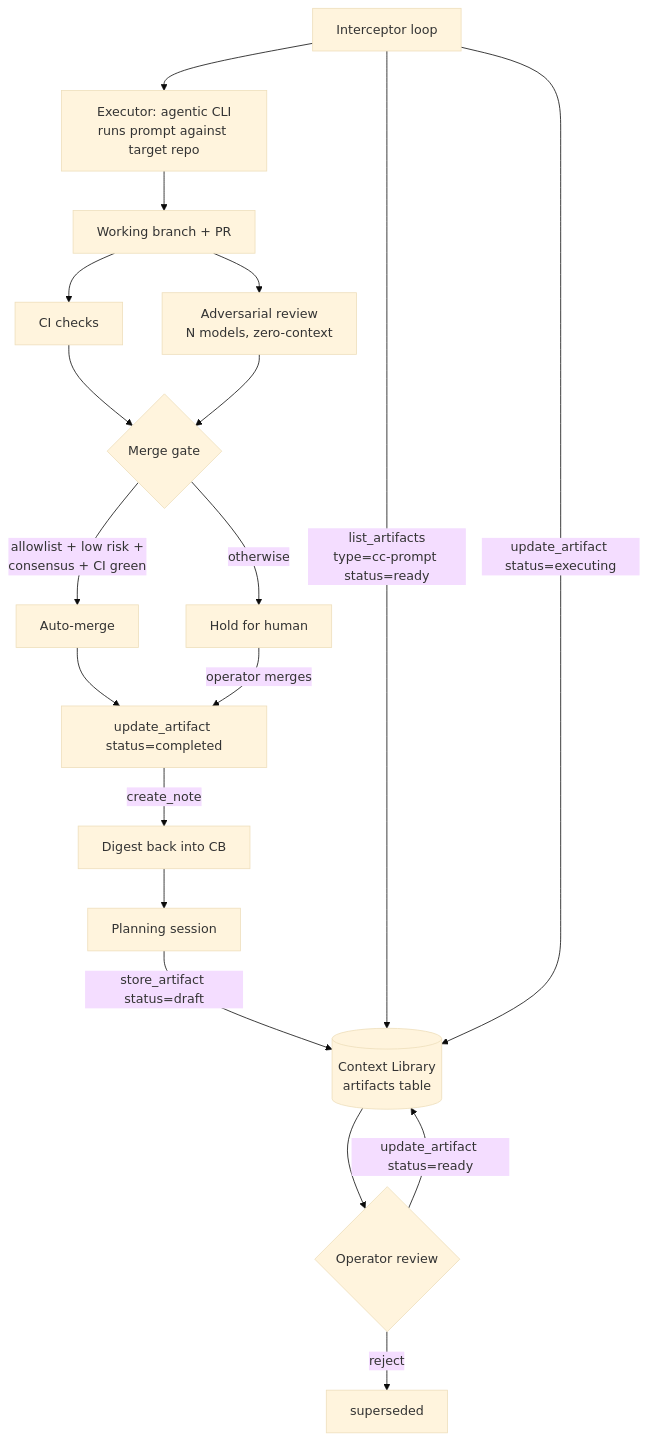
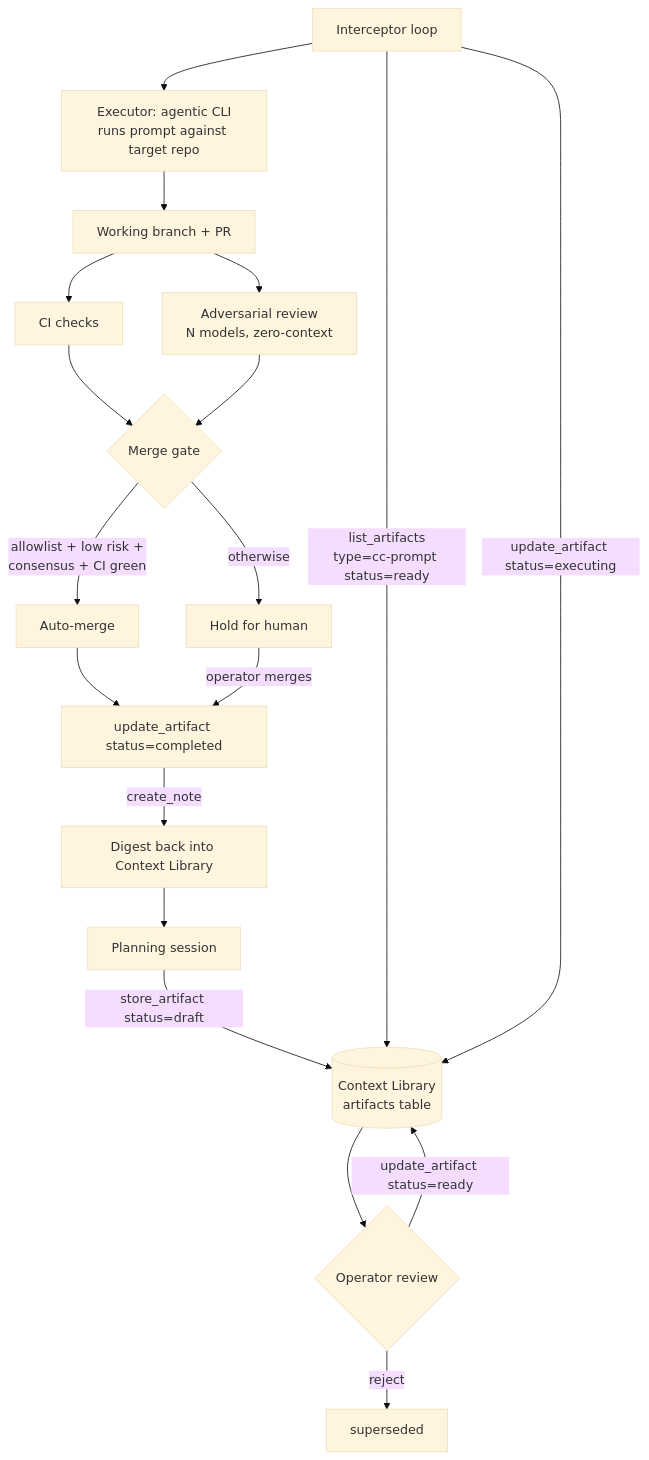
The diagram in docs/pipeline/README.md (onideus/context-library), drawn with Mermaid (base theme) before and after one commit. The commit also changed 11 other files, not shown here.

Commit message:
[Pipeline] context-library: documentation accuracy review, Roo Code removal, Claude and local-LLM client setup (v2: kill background processes by PID only) (#326)

````diff
--- a/docs/pipeline/README.md
+++ b/docs/pipeline/README.md
@@ -13,24 +13,24 @@
 ```mermaid
 flowchart TD
     A[Planning session] -->|store_artifact status=draft| B[(Context Library<br/>artifacts table)]
     B --> C{Operator review}
     C -->|update_artifact status=ready| B
     C -->|reject| Z[superseded]
 
     D[Interceptor loop] -->|list_artifacts<br/>type=cc-prompt status=ready| B
     D -->|update_artifact status=executing| B
     D --> E[Executor: agentic CLI<br/>runs prompt against target repo]
     E --> F[Working branch + PR]
     F --> G[CI checks]
     F --> H[Adversarial review<br/>N models, zero-context]
 
     G --> I{Merge gate}
     H --> I
     I -->|allowlist + low risk +<br/>consensus + CI green| J[Auto-merge]
     I -->|otherwise| K[Hold for human]
 
     J --> L[update_artifact status=completed]
     K -->|operator merges| L
-    L -->|create_note| M[Digest back into CB]
+    L -->|create_note| M[Digest back into Context Library]
     M --> A
 ```
````
